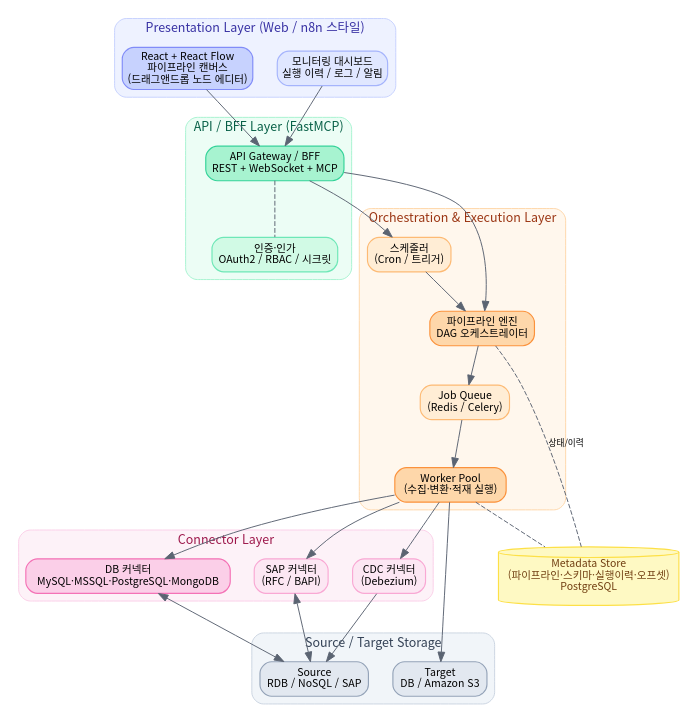
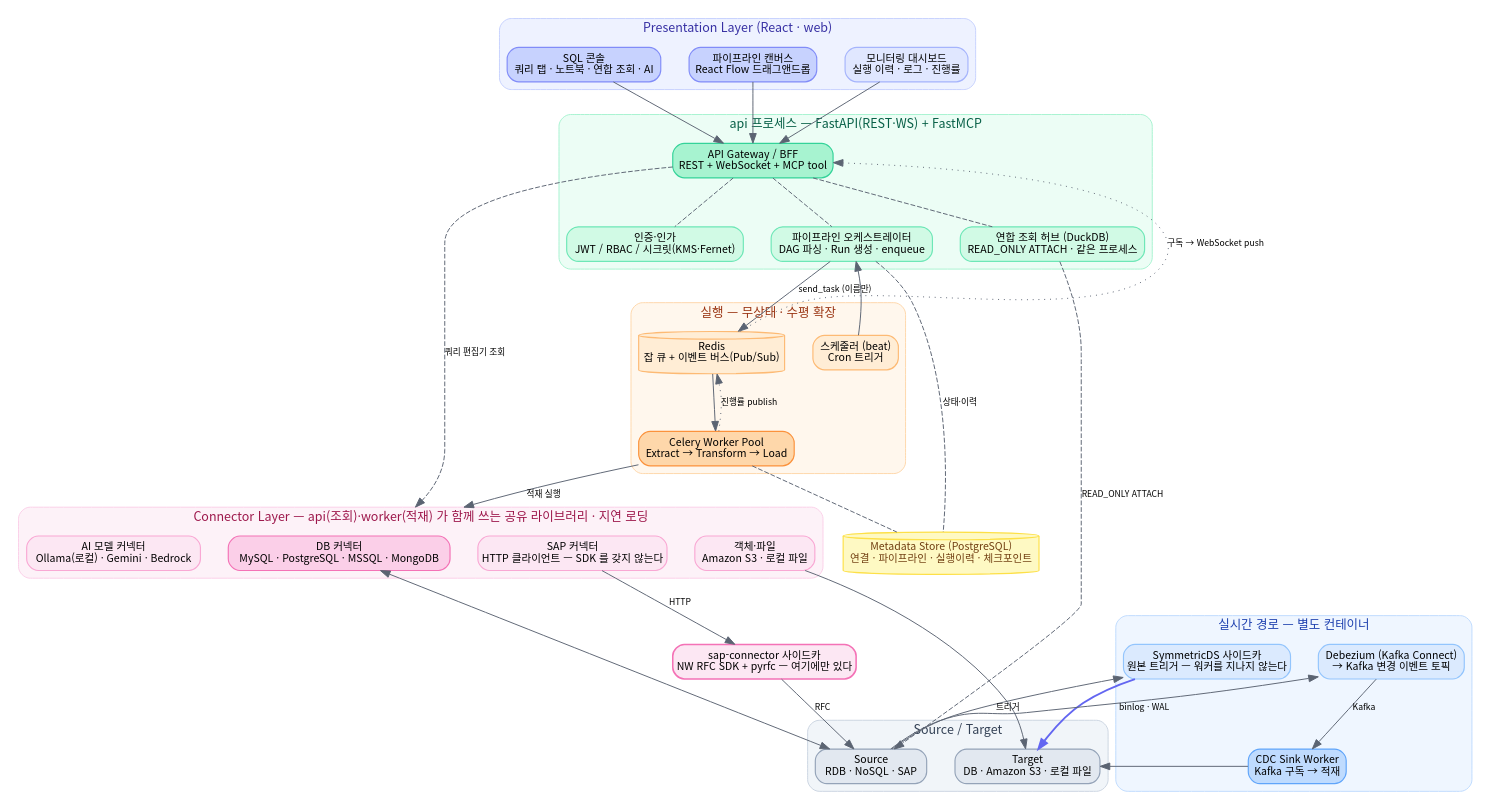
One commit to SurvivorsStudio/ditter changed the diagram in docs/diagrams/d1_overall.dot. Above: the diagram before and after it, drawn with Graphviz. The commit also changed 8 other files, not shown here.

First line of the commit message:
docs: 다이어그램 넷을 실제 구조에 맞춘다

```diff
--- a/docs/diagrams/d1_overall.dot
+++ b/docs/diagrams/d1_overall.dot
@@ -1,51 +1,103 @@
+// 전체 구조 — 계층과 **프로세스 경계**.
+//
+// 이 그림이 지켜야 하는 것 셋 (어긋나면 고친다):
+//   1. 없는 기능을 그리지 않는다. 인증은 JWT + RBAC 이다 — OAuth2 는 스키마만 있다.
+//   2. SQL 콘솔·연합 조회는 파이프라인과 나란한 제품의 절반이다. 빼면 그림이 거짓말을 한다.
+//   3. 무엇이 어느 프로세스에서 도는지 보여야 한다. 오케스트레이터는 api 안이고,
+//      SAP SDK 는 사이드카에만 있고, DuckDB 는 api 프로세스의 메모리를 쓴다.
+//
+// 엣지를 늘리지 말 것. api 도 worker 도 같은 커넥터를 쓰는데 둘 다 선으로 이으면
+// 그림이 실타래가 된다 — 그건 커넥터 계층 라벨이 대신 말한다.
+//
+// 다시 그리기: docs/diagrams/README.md
+
 digraph G {
-  rankdir=TB; bgcolor="white";
-  node [fontname="Noto Sans CJK KR", fontsize=11, shape=box, style="rounded,filled", penwidth=1.2];
-  edge [fontname="Noto Sans CJK KR", fontsize=9, color="#5b6472"];
-  graph [fontname="Noto Sans CJK KR", fontsize=13, labelloc=t, nodesep=0.35, ranksep=0.55];
+  rankdir=TB; bgcolor="white"; compound=true;
+  node [fontname="Noto Sans CJK KR,Apple SD Gothic Neo", fontsize=11, shape=box, style="rounded,filled", penwidth=1.2];
+  edge [fontname="Noto Sans CJK KR,Apple SD Gothic Neo", fontsize=9, color="#5b6472"];
+  graph [fontname="Noto Sans CJK KR,Apple SD Gothic Neo", fontsize=13, labelloc=t, nodesep=0.4, ranksep=0.7];
 
   subgraph cluster_pres {
-    label="Presentation Layer (Web / n8n 스타일)"; style="rounded,filled"; fillcolor="#eef2ff"; color="#c7d2fe"; fontcolor="#3730a3";
-    ui [label="React + React Flow\n파이프라인 캔버스\n(드래그앤드롭 노드 에디터)", fillcolor="#c7d2fe", color="#818cf8"];
-    mon [label="모니터링 대시보드\n실행 이력 / 로그 / 알림", fillcolor="#e0e7ff", color="#a5b4fc"];
+    label="Presentation Layer (React · web)"; style="rounded,filled"; fillcolor="#eef2ff"; color="#c7d2fe"; fontcolor="#3730a3";
+    sql [label="SQL 콘솔\n쿼리 탭 · 노트북 · 연합 조회 · AI", fillcolor="#c7d2fe", color="#818cf8"];
+    ui  [label="파이프라인 캔버스\nReact Flow 드래그앤드롭", fillcolor="#c7d2fe", color="#818cf8"];
+    mon [label="모니터링 대시보드\n실행 이력 · 로그 · 진행률", fillcolor="#e0e7ff", color="#a5b4fc"];
   }
 
   subgraph cluster_api {
-    label="API / BFF Layer (FastMCP)"; style="rounded,filled"; fillcolor="#ecfdf5"; color="#a7f3d0"; fontcolor="#065f46";
-    gw [label="API Gateway / BFF\nREST + WebSocket + MCP", fillcolor="#a7f3d0", color="#34d399"];
-    auth [label="인증·인가\nOAuth2 / RBAC / 시크릿", fillcolor="#d1fae5", color="#6ee7b7"];
+    label="api 프로세스 — FastAPI(REST·WS) + FastMCP"; style="rounded,filled"; fillcolor="#ecfdf5"; color="#a7f3d0"; fontcolor="#065f46";
+    gw   [label="API Gateway / BFF\nREST + WebSocket + MCP tool", fillcolor="#a7f3d0", color="#34d399"];
+    auth [label="인증·인가\nJWT / RBAC / 시크릿(KMS·Fernet)", fillcolor="#d1fae5", color="#6ee7b7"];
+    duck [label="연합 조회 허브 (DuckDB)\nREAD_ONLY ATTACH · 같은 프로세스", fillcolor="#d1fae5", color="#6ee7b7"];
+    orch [label="파이프라인 오케스트레이터\nDAG 파싱 · Run 생성 · enqueue", fillcolor="#d1fae5", color="#6ee7b7"];
   }
 
-  subgraph cluster_core {
-    label="Orchestration & Execution Layer"; style="rounded,filled"; fillcolor="#fff7ed"; color="#fed7aa"; fontcolor="#9a3412";
-    orch [label="파이프라인 엔진\nDAG 오케스트레이터", fillcolor="#fed7aa", color="#fb923c"];
-    sched [label="스케줄러\n(Cron / 트리거)", fillcolor="#ffedd5", color="#fdba74"];
-    queue [label="Job Queue\n(Redis / Celery)", fillcolor="#ffedd5", color="#fdba74"];
-    worker [label="Worker Pool\n(수집·변환·적재 실행)", fillcolor="#fed7aa", color="#fb923c"];
+  subgraph cluster_exec {
+    label="실행 — 무상태 · 수평 확장"; style="rounded,filled"; fillcolor="#fff7ed"; color="#fed7aa"; fontcolor="#9a3412";
+    sched  [label="스케줄러 (beat)\nCron 트리거", fillcolor="#ffedd5", color="#fdba74"];
+    queue  [label="Redis\n잡 큐 + 이벤트 버스(Pub/Sub)", shape=cylinder, fillcolor="#ffedd5", color="#fdba74"];
+    worker [label="Celery Worker Pool\nExtract → Transform → Load", fillcolor="#fed7aa", color="#fb923c"];
   }
 
   subgraph cluster_conn {
-    label="Connector Layer"; style="rounded,filled"; fillcolor="#fdf2f8"; color="#fbcfe8"; fontcolor="#9d174b";
-    dbc [label="DB 커넥터\nMySQL·MSSQL·PostgreSQL·MongoDB", fillcolor="#fbcfe8", color="#f472b6"];
-    sapc [label="SAP 커넥터\n(RFC / BAPI)", fillcolor="#fce7f3", color="#f9a8d4"];
-    cdc [label="CDC 커넥터\n(Debezium)", fillcolor="#fce7f3", color="#f9a8d4"];
+    label="Connector Layer — api(조회)·worker(적재) 가 함께 쓰는 공유 라이브러리 · 지연 로딩"; style="rounded,filled"; fillcolor="#fdf2f8"; color="#fbcfe8"; fontcolor="#9d174b";
+    dbc  [label="DB 커넥터\nMySQL · PostgreSQL · MSSQL · MongoDB", fillcolor="#fbcfe8", color="#f472b6"];
+    obj  [label="객체·파일\nAmazon S3 · 로컬 파일", fillcolor="#fce7f3", color="#f9a8d4"];
+    sapc [label="SAP 커넥터\nHTTP 클라이언트 — SDK 를 갖지 않는다", fillcolor="#fce7f3", color="#f9a8d4"];
+    aic  [label="AI 모델 커넥터\nOllama(로컬) · Gemini · Bedrock", fillcolor="#fce7f3", color="#f9a8d4"];
   }
 
-  subgraph cluster_store {
-    label="Source / Target Storage"; style="rounded,filled"; fillcolor="#f1f5f9"; color="#cbd5e1"; fontcolor="#334155";
-    src [label="Source\nRDB / NoSQL / SAP", fillcolor="#e2e8f0", color="#94a3b8"];
-    tgt [label="Target\nDB / Amazon S3", fillcolor="#e2e8f0", color="#94a3b8"];
+  subgraph cluster_rt {
+    label="실시간 경로 — 별도 컨테이너"; style="rounded,filled"; fillcolor="#eff6ff"; color="#bfdbfe"; fontcolor="#1e40af";
+    dbz   [label="Debezium (Kafka Connect)\n→ Kafka 변경 이벤트 토픽", fillcolor="#dbeafe", color="#93c5fd"];
+    sink  [label="CDC Sink Worker\nKafka 구독 → 적재", fillcolor="#bfdbfe", color="#60a5fa"];
+    symds [label="SymmetricDS 사이드카\n원본 트리거 — 워커를 지나지 않는다", fillcolor="#dbeafe", color="#93c5fd"];
   }
 
-  meta [label="Metadata Store\n(파이프라인·스키마·실행이력·오프셋)\nPostgreSQL", shape=cylinder, fillcolor="#fef9c3", color="#fde047", fontcolor="#713f12"];
+  sidecar [label="sap-connector 사이드카\nNW RFC SDK + pyrfc — 여기에만 있다", fillcolor="#fce7f3", color="#f472b6", penwidth=1.6];
 
-  ui -> gw; mon -> gw;
+  subgraph cluster_store {
+    label="Source / Target"; style="rounded,filled"; fillcolor="#f1f5f9"; color="#cbd5e1"; fontcolor="#334155";
+    src [label="Source\nRDB · NoSQL · SAP", fillcolor="#e2e8f0", color="#94a3b8"];
+    tgt [label="Target\nDB · Amazon S3 · 로컬 파일", fillcolor="#e2e8f0", color="#94a3b8"];
+  }
+
+  meta [label="Metadata Store (PostgreSQL)\n연결 · 파이프라인 · 실행이력 · 체크포인트", shape=cylinder, fillcolor="#fef9c3", color="#fde047", fontcolor="#713f12"];
+
+  // ── 화면 → API ────────────────────────────────────────────────────────
+  sql -> gw; ui -> gw; mon -> gw;
   gw -> auth [style=dashed, arrowhead=none];
-  gw -> orch; gw -> sched;
-  sched -> orch -> queue -> worker;
-  worker -> dbc; worker -> sapc; worker -> cdc;
-  dbc -> src [dir=both]; sapc -> src [dir=both]; cdc -> src;
-  worker -> tgt;
-  orch -> meta [style=dashed, arrowhead=none, label="상태/이력"];
+  gw -> duck [style=dashed, arrowhead=none];
+  gw -> orch [style=dashed, arrowhead=none];
+
+  // ── 파이프라인은 큐를 거쳐 워커로 ─────────────────────────────────────
+  sched -> orch [constraint=false];
+  orch -> queue [label="send_task (이름만)"];
+  queue -> worker;
+
+  // ── 커넥터 계층은 api·worker 가 함께 쓴다 (선 하나로 묶는다) ──────────
+  worker -> dbc [lhead=cluster_conn, label="적재 실행"];
+  gw     -> dbc [lhead=cluster_conn, label="쿼리 편집기 조회", style=dashed];
+
+  // ── 연합 조회만 커넥터를 거치지 않는다 — DuckDB 확장이 직접 붙는다 ────
+  duck -> src [label="READ_ONLY ATTACH", style=dashed];
+
+  // ── 커넥터 → 소스/타깃 ────────────────────────────────────────────────
+  dbc -> src [dir=both];
+  sapc -> sidecar [label="HTTP"];
+  sidecar -> src [label="RFC"];
+  obj -> tgt;
+
+  // ── 실시간 두 갈래 ────────────────────────────────────────────────────
+  src -> dbz [label="binlog · WAL"];
+  dbz -> sink [label="Kafka"];
+  sink -> tgt;
+  src -> symds [label="트리거"];
+  symds -> tgt [style=bold, color="#6366f1"];
+
+  // ── 상태는 메타DB 가 진실, 이벤트는 부가 채널 ─────────────────────────
+  orch -> meta [style=dashed, arrowhead=none, label="상태·이력"];
   worker -> meta [style=dashed, arrowhead=none];
+  worker -> queue [style=dotted, constraint=false, label="진행률 publish"];
+  queue -> gw [style=dotted, constraint=false, label="구독 → WebSocket push"];
 }
```
